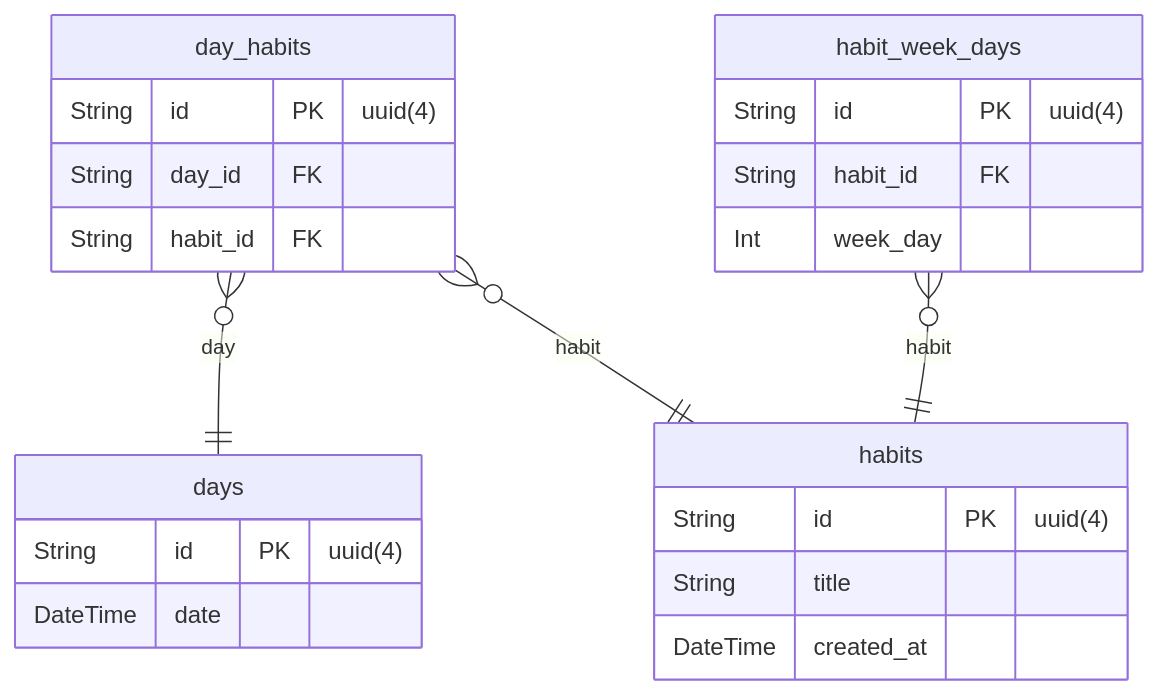
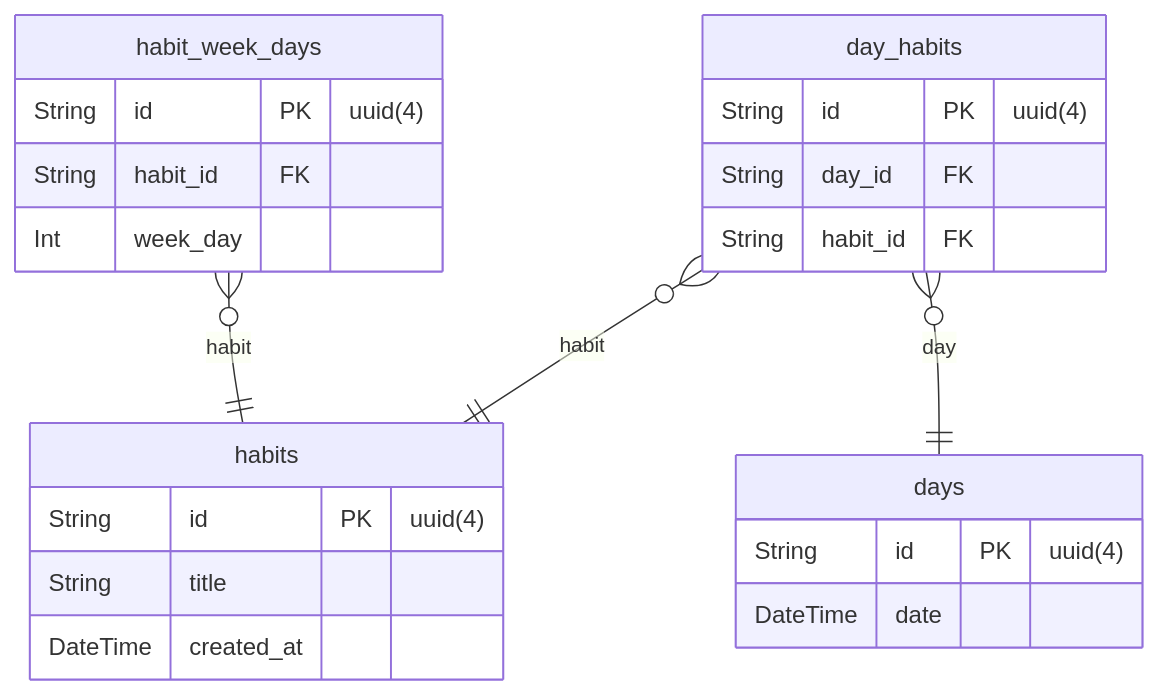
Before and after one commit to Ranieeery/Habits-tracker: the diagram in server/prisma/ERD.md, drawn with Mermaid. The commit also changed other lines of this file and 3 other files, not shown here.

Commit message:
feat: update ERD and schema for habit and day relationships, add endpoint to retrieve habits for a specific day

````diff
--- a/server/prisma/ERD.md
+++ b/server/prisma/ERD.md
@@ -1,26 +1,26 @@
 ```mermaid
 erDiagram
 	habits {
 		String id PK  "uuid(4)"
 		String title
 		DateTime created_at
 	}
 	days {
 		String id PK  "uuid(4)"
 		DateTime date
 	}
 	day_habits {
 		String id PK  "uuid(4)"
 		String day_id FK
 		String habit_id FK
 	}
 	habit_week_days {
 		String id PK  "uuid(4)"
 		String habit_id FK
 		Int week_day
 	}
+	day_habits }o--|| habits : habit
 	day_habits }o--|| days : day
-	day_habits }o--|| habits : habit
 	habit_week_days }o--|| habits : habit
 
 ```
````
